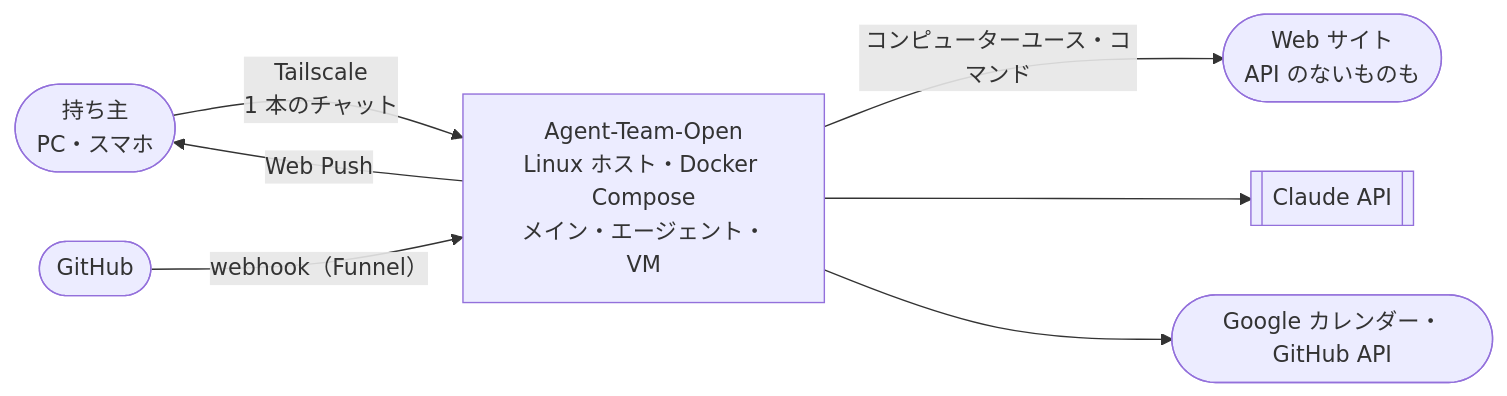
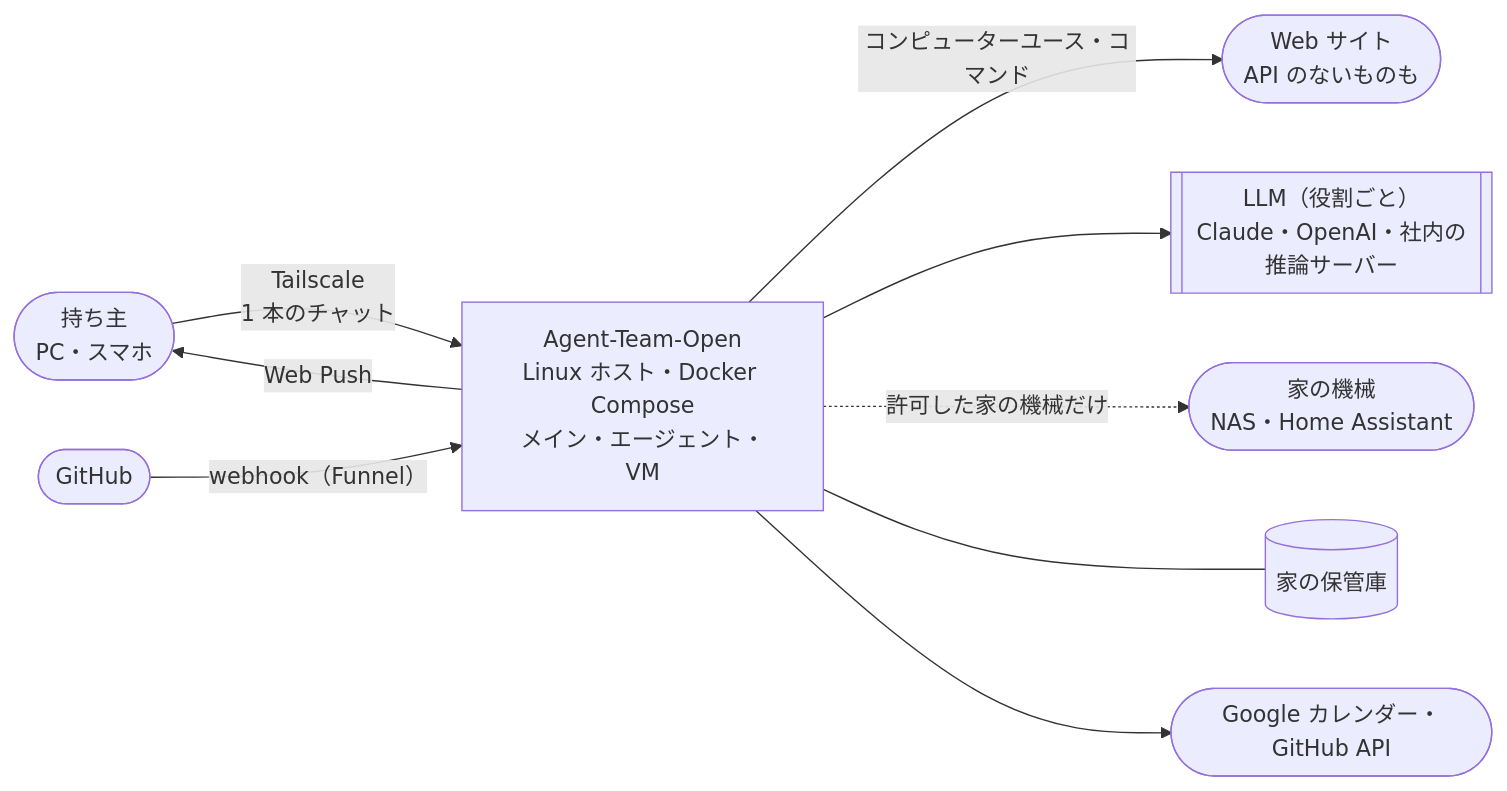
One commit to itiwoja/agent-team changed the diagram in docs/design/README.md. Above: the diagram before and after it, drawn with Mermaid. The commit also changed other lines of this file and 39 other files, not shown here.

````diff
--- a/docs/design/README.md
+++ b/docs/design/README.md
@@ -24,9 +45,11 @@
 ```mermaid
 flowchart LR
  O(["持ち主<br/>PC・スマホ"]) -->|"Tailscale<br/>1 本のチャット"| S["Agent-Team-Open<br/>Linux ホスト・Docker Compose<br/>メイン・エージェント・VM"]
  GH(["GitHub"]) -->|"webhook（Funnel）"| S
  S -->|"コンピューターユース・コマンド"| W(["Web サイト<br/>API のないものも"])
- S --> C[["Claude API"]]
+ S --> C[["LLM（役割ごと）<br/>Claude・OpenAI・社内の推論サーバー"]]
+ S -.->|"許可した家の機械だけ"| IN(["家の機械<br/>NAS・Home Assistant"])
+ S --- V[("家の保管庫")]
  S --> G(["Google カレンダー・GitHub API"])
  S -->|"Web Push"| O
 ```
````
